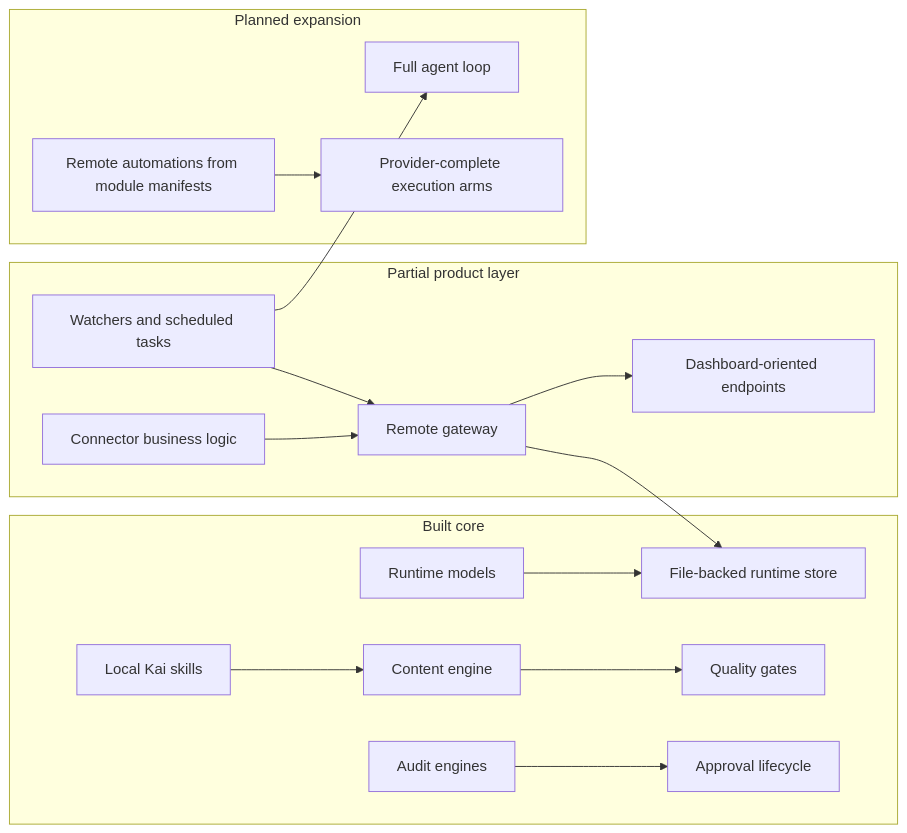
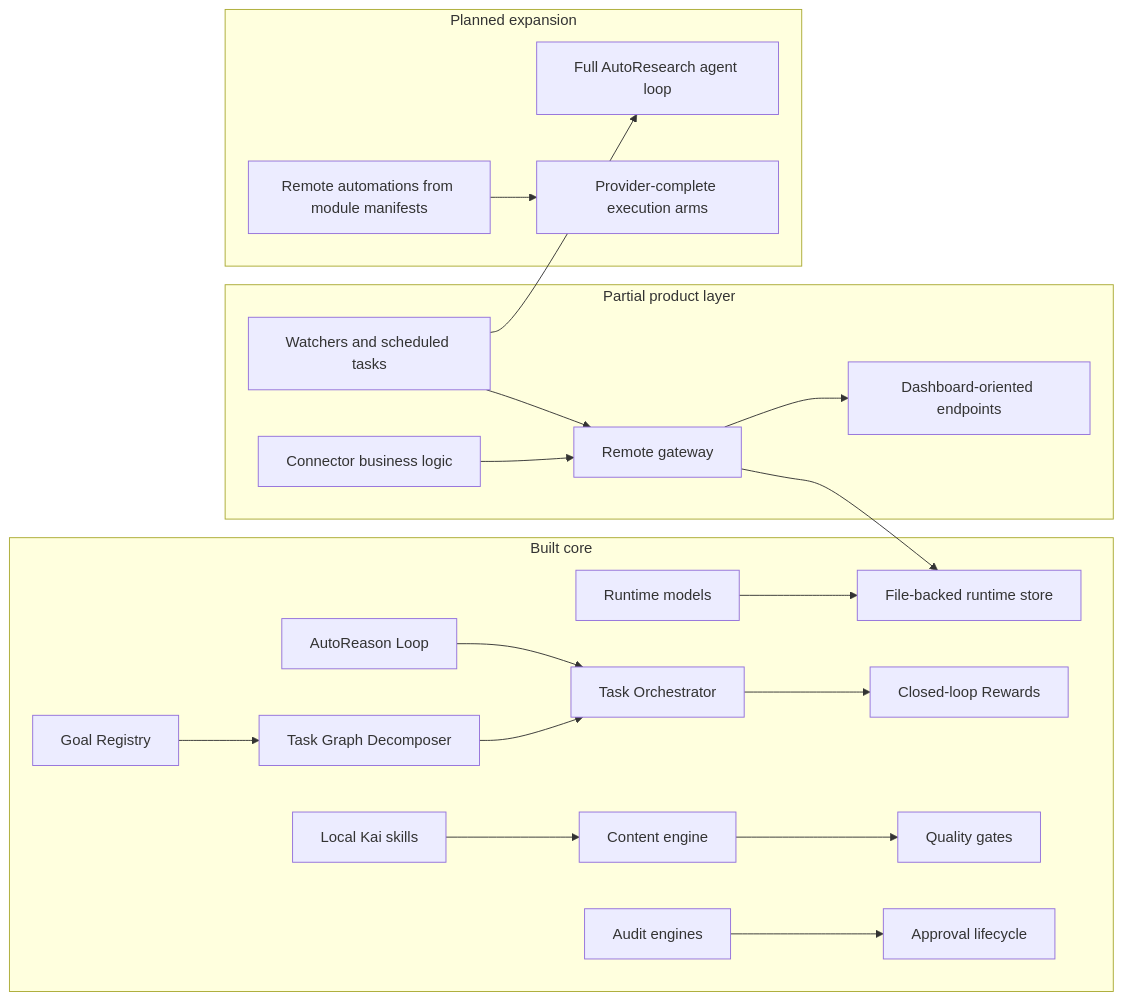
Before and after one commit to cgallic/kai-cmo-harness: the second of 2 diagrams in docs/system/README.md, drawn with Mermaid. The commit also changed other lines of this file and 224 other files, not shown here.

Commit message:
feat: implement goals registry, task graph decomposer, closed-loop rewards, and auto-research integrations with system documentation

````diff
--- a/docs/system/README.md
+++ b/docs/system/README.md
@@ -87,36 +92,45 @@
 ```mermaid
 flowchart LR
     subgraph Built["Built core"]
         Models["Runtime models"]
         Store["File-backed runtime store"]
+        Goals["Goal Registry"]
+        Decomposer["Task Graph Decomposer"]
+        Orchestrator["Task Orchestrator"]
+        Rewards["Closed-loop Rewards"]
+        AutoReason["AutoReason Loop"]
         Skills["Local Kai skills"]
         Content["Content engine"]
         Gates["Quality gates"]
         Audits["Audit engines"]
         Approval["Approval lifecycle"]
     end
 
     subgraph Partial["Partial product layer"]
         Gateway["Remote gateway"]
         Connectors["Connector business logic"]
         Watchers["Watchers and scheduled tasks"]
         Dashboard["Dashboard-oriented endpoints"]
     end
 
     subgraph Planned["Planned expansion"]
-        AgentLoop["Full agent loop"]
+        AgentLoop["Full AutoResearch agent loop"]
         RemoteAutos["Remote automations from module manifests"]
         ProviderCoverage["Provider-complete execution arms"]
     end
 
     Models --> Store
+    Goals --> Decomposer
+    Decomposer --> Orchestrator
+    Orchestrator --> Rewards
+    AutoReason --> Orchestrator
     Skills --> Content
     Content --> Gates
     Audits --> Approval
     Gateway --> Store
     Connectors --> Gateway
     Watchers --> Gateway
     Gateway --> Dashboard
     Watchers --> AgentLoop
     RemoteAutos --> ProviderCoverage
 ```
````
